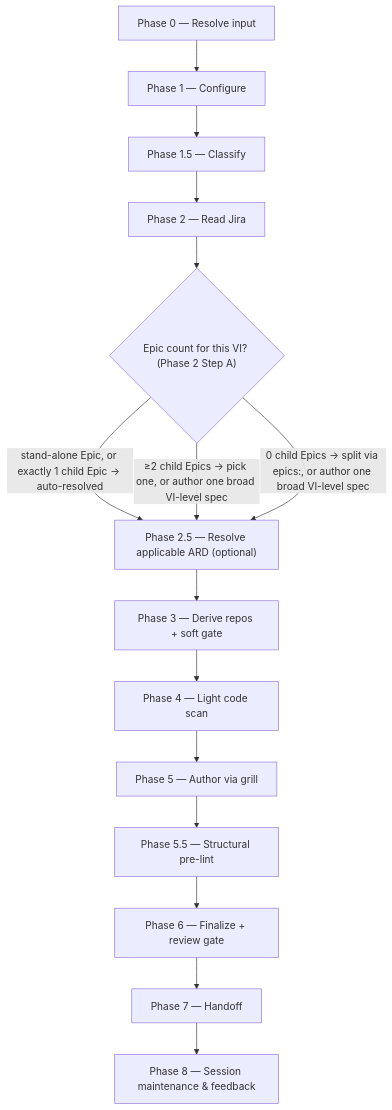
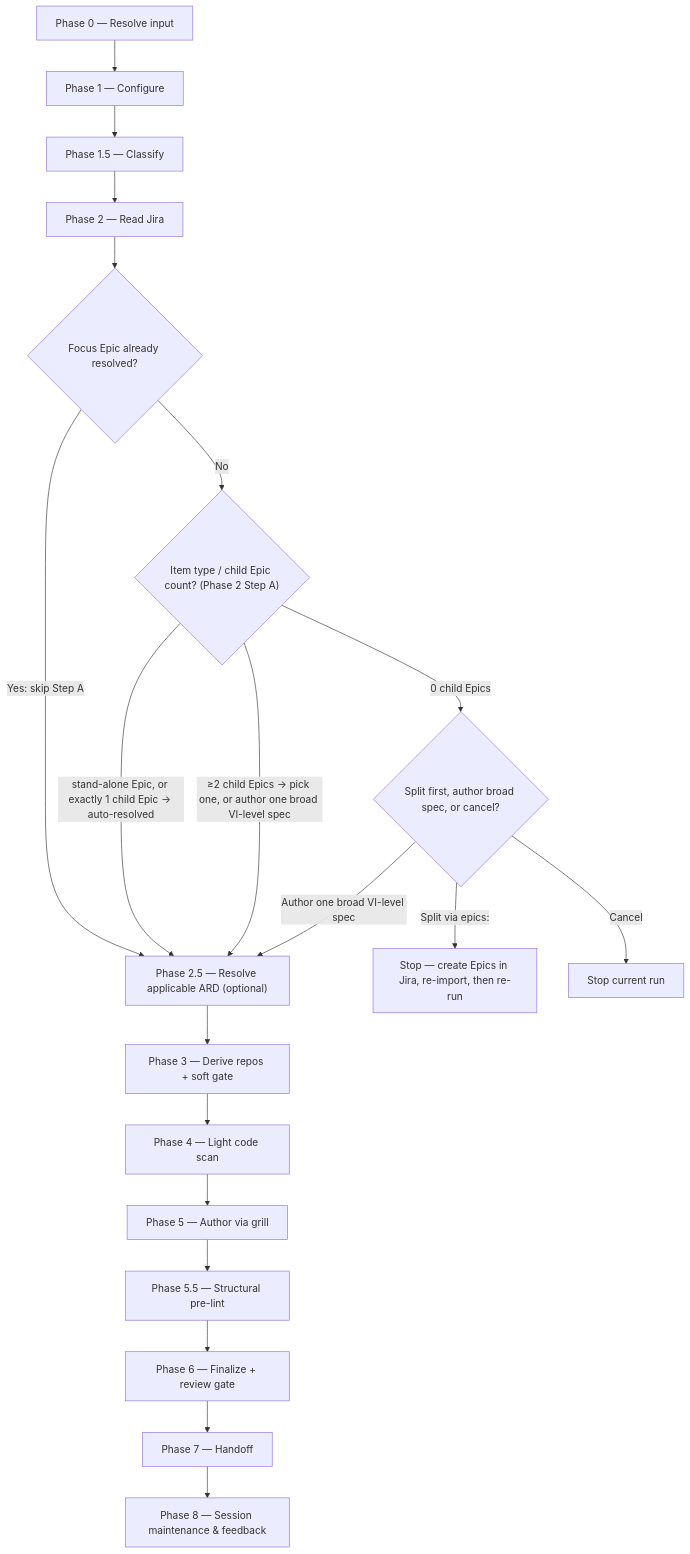
The diagram in dev-workflows/docs/skills/specify.md (ihudak/ihudak-copilot-plugins), drawn with Mermaid before and after one commit. The commit also changed 20 other files, not shown here.

First line of the commit message:
fix: workflow contracts — baseliner rows, release-note gap kinds, diagrams

````diff
--- a/dev-workflows/docs/skills/specify.md
+++ b/dev-workflows/docs/skills/specify.md
@@ -26,17 +26,22 @@
 ```mermaid
 flowchart TD
     p0["Phase 0 — Resolve input"] --> p1["Phase 1 — Configure"]
     p1 --> p15["Phase 1.5 — Classify"]
     p15 --> p2["Phase 2 — Read Jira"]
-    p2 --> d1{"Epic count for this VI? (Phase 2 Step A)"}
-    d1 -- "stand-alone Epic, or exactly 1 child Epic → auto-resolved" --> p25["Phase 2.5 — Resolve applicable ARD (optional)"]
+    p2 --> focus{"Focus Epic already resolved?"}
+    focus -->|Yes: skip Step A| p25["Phase 2.5 — Resolve applicable ARD (optional)"]
+    focus -->|No| d1{"Item type / child Epic count? (Phase 2 Step A)"}
+    d1 -- "stand-alone Epic, or exactly 1 child Epic → auto-resolved" --> p25
     d1 -- "≥2 child Epics → pick one, or author one broad VI-level spec" --> p25
-    d1 -- "0 child Epics → split via epics:, or author one broad VI-level spec" --> p25
+    d1 -->|0 child Epics| zero{"Split first, author broad spec, or cancel?"}
+    zero -->|Author one broad VI-level spec| p25
+    zero -->|Split via epics:| split["Stop — create Epics in Jira, re-import, then re-run"]
+    zero -->|Cancel| stop["Stop current run"]
     p25 --> p3["Phase 3 — Derive repos + soft gate"]
     p3 --> p4["Phase 4 — Light code scan"]
     p4 --> p5["Phase 5 — Author via grill"]
     p5 --> p55["Phase 5.5 — Structural pre-lint"]
     p55 --> p6["Phase 6 — Finalize + review gate"]
     p6 --> p7["Phase 7 — Handoff"]
     p7 --> p8["Phase 8 — Session maintenance & feedback"]
 ```
````
